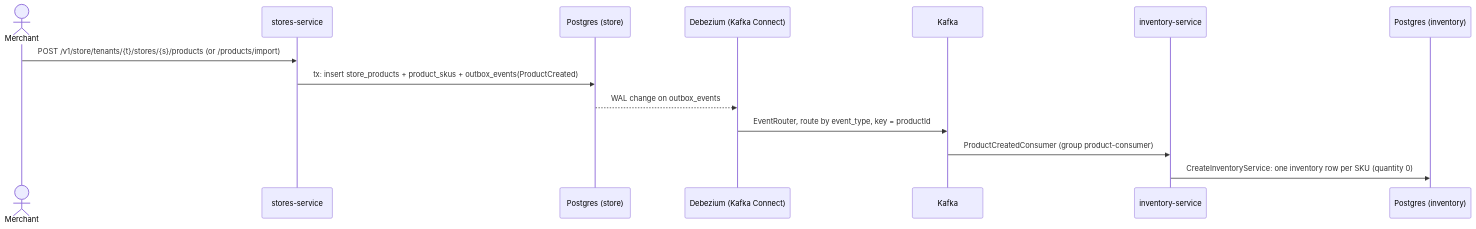
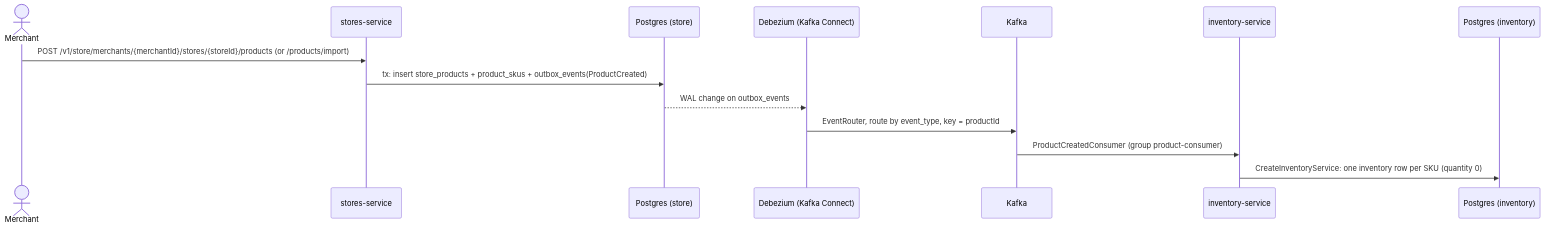
Before and after one commit to domt97/oms-workspace: the diagram in architecture/flows/product-created.md, drawn with Mermaid. The commit also changed 22 other files, not shown here.

````diff
--- a/architecture/flows/product-created.md
+++ b/architecture/flows/product-created.md
@@ -5,17 +5,17 @@
 ```mermaid
 sequenceDiagram
     actor M as Merchant
     participant S as stores-service
     participant PG as Postgres (store)
     participant D as Debezium (Kafka Connect)
     participant K as Kafka
     participant I as inventory-service
     participant IPG as Postgres (inventory)
 
-    M->>S: POST /v1/store/tenants/{t}/stores/{s}/products (or /products/import)
+    M->>S: POST /v1/store/merchants/{merchantId}/stores/{storeId}/products (or /products/import)
     S->>PG: tx: insert store_products + product_skus + outbox_events(ProductCreated)
     PG-->>D: WAL change on outbox_events
     D->>K: EventRouter, route by event_type, key = productId
     K->>I: ProductCreatedConsumer (group product-consumer)
     I->>IPG: CreateInventoryService: one inventory row per SKU (quantity 0)
 ```
````
